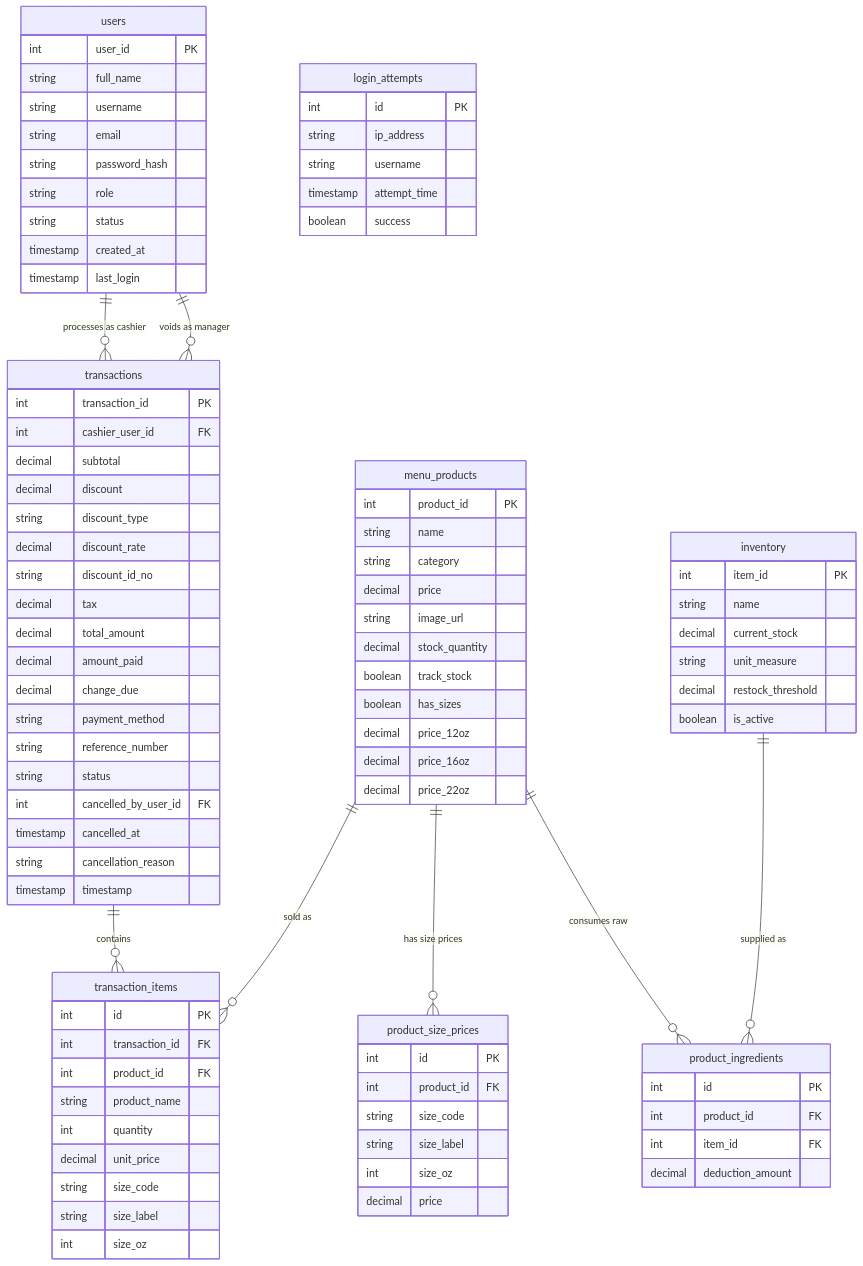
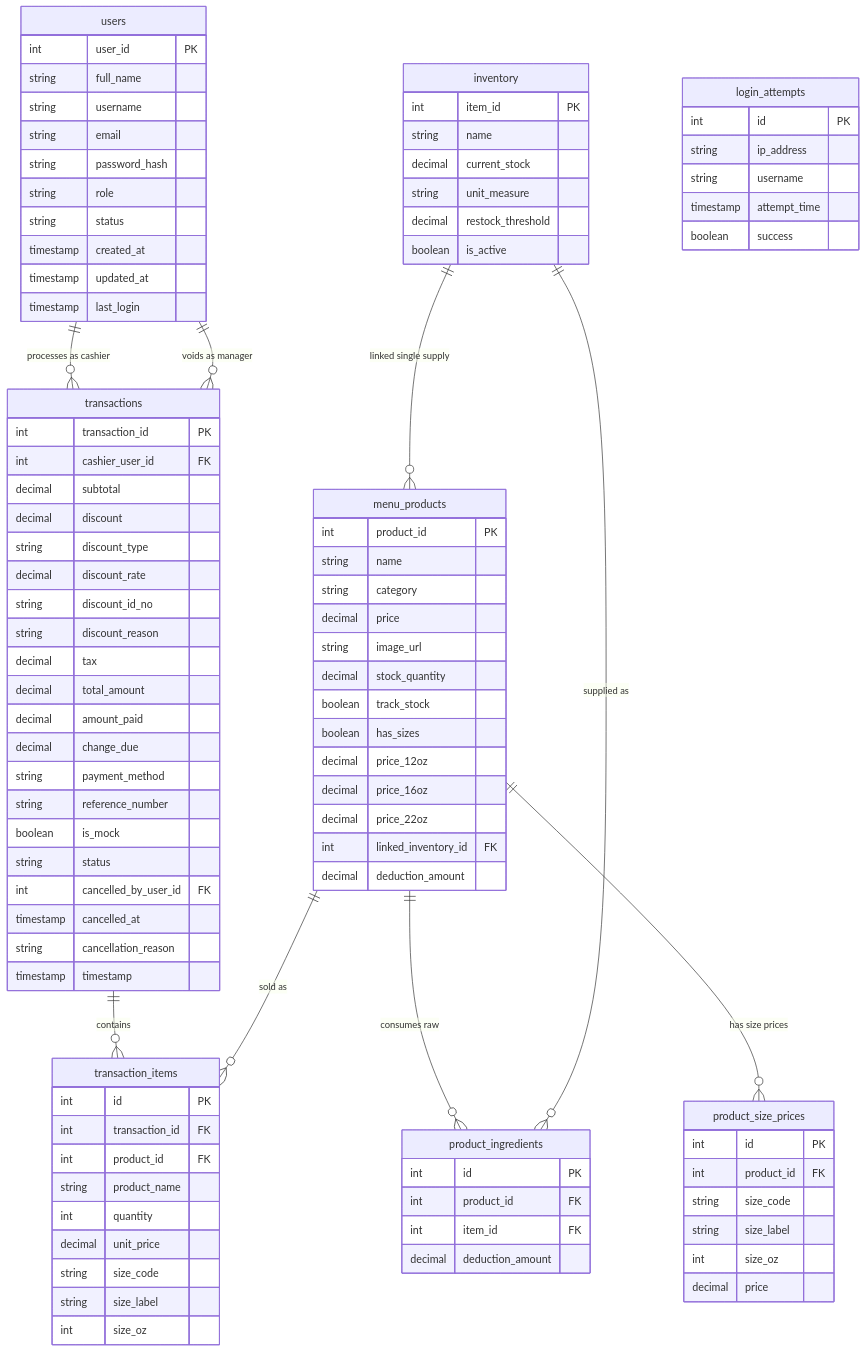
Before and after one commit to smsnalcrz/cafeflow: the diagram in README.md, drawn with Mermaid. The commit also changed other lines of this file and 2 other files, not shown here.

```diff
--- a/README.md
+++ b/README.md
@@ -239,6 +253,7 @@
     menu_products ||--o{ product_size_prices : "has size prices"
     menu_products ||--o{ product_ingredients : "consumes raw"
     inventory ||--o{ product_ingredients : "supplied as"
+    inventory ||--o{ menu_products : "linked single supply"
     transactions ||--o{ transaction_items : "contains"
     menu_products ||--o{ transaction_items : "sold as"
 
@@ -251,6 +266,7 @@
         string role
         string status
         timestamp created_at
+        timestamp updated_at
         timestamp last_login
     }
 
@@ -274,6 +290,8 @@
         decimal price_12oz
         decimal price_16oz
         decimal price_22oz
+        int linked_inventory_id FK
+        decimal deduction_amount
     }
 
     product_size_prices {
@@ -309,12 +327,14 @@
         string discount_type
         decimal discount_rate
         string discount_id_no
+        string discount_reason
         decimal tax
         decimal total_amount
         decimal amount_paid
         decimal change_due
         string payment_method
         string reference_number
+        boolean is_mock
         string status
         int cancelled_by_user_id FK
         timestamp cancelled_at
```
